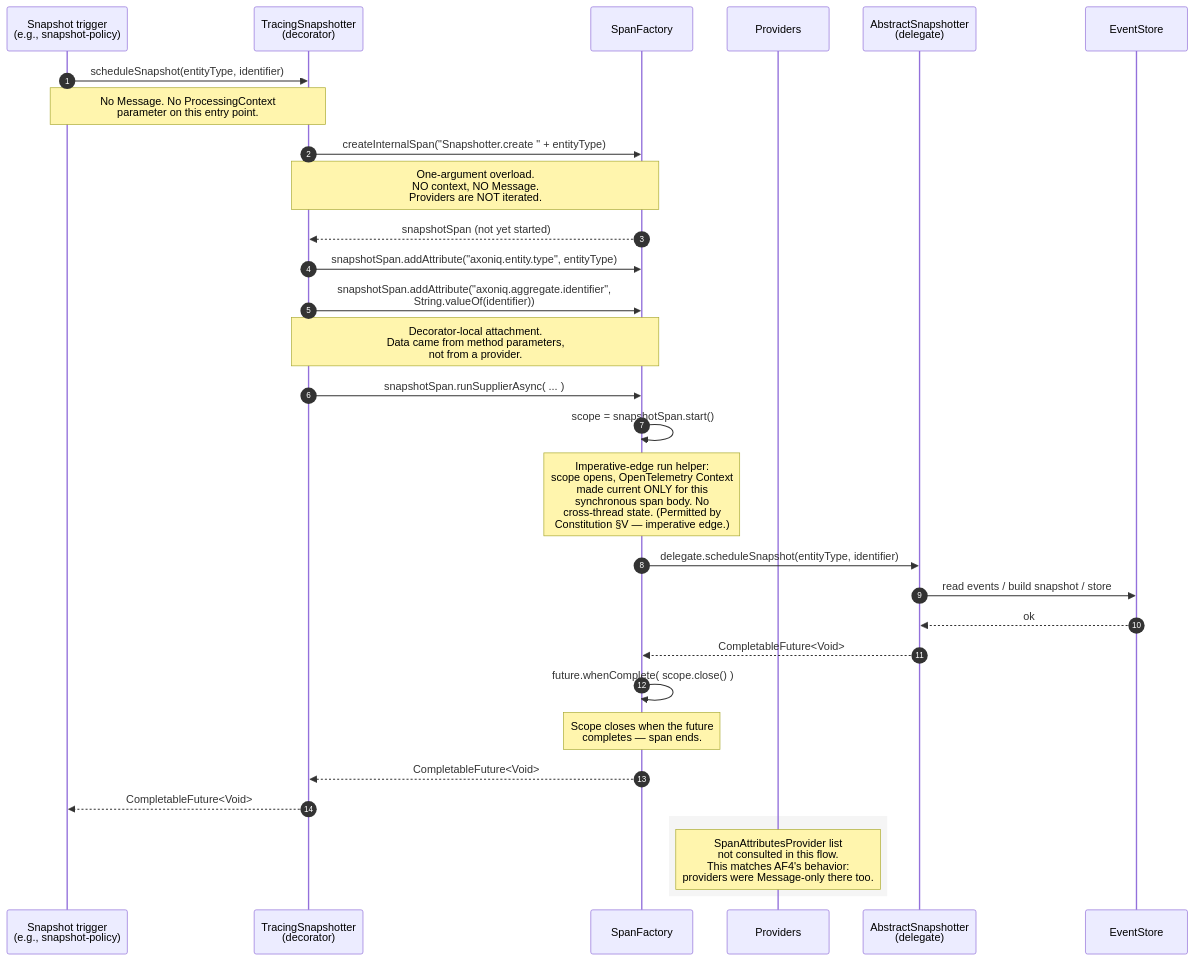
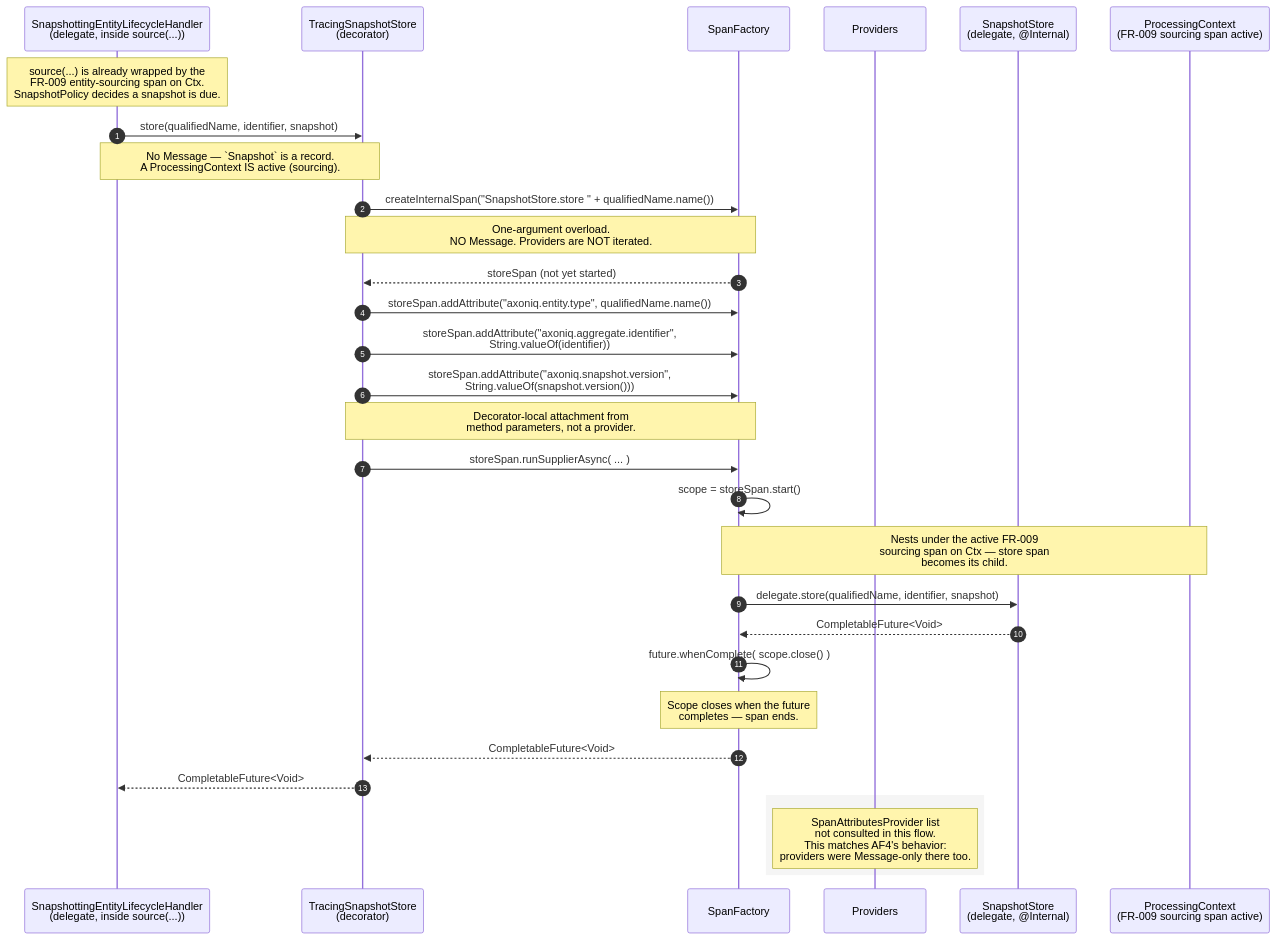
Before and after one commit to AxonIQ/axoniq-framework: the third of 4 diagrams in specs/3594-distributed-tracing/flows.md, drawn with Mermaid. The commit also changed other lines of this file and 5 other files, not shown here.

````diff
--- a/specs/3594-distributed-tracing/flows.md
+++ b/specs/3594-distributed-tracing/flows.md
@@ -222,39 +222,39 @@
 ```mermaid
 sequenceDiagram
     autonumber
-    participant Trigger as Snapshot trigger<br/>(e.g., snapshot-policy)
-    participant TS as TracingSnapshotter<br/>(decorator)
+    participant ELH as SnapshottingEntityLifecycleHandler<br/>(delegate, inside source(...))
+    participant TSS as TracingSnapshotStore<br/>(decorator)
     participant SF as SpanFactory
     participant PROV as Providers
-    participant Snap as AbstractSnapshotter<br/>(delegate)
-    participant Store as EventStore
+    participant Store as SnapshotStore<br/>(delegate, @Internal)
+    participant Ctx as ProcessingContext<br/>(FR-009 sourcing span active)
 
-    Trigger->>TS: scheduleSnapshot(entityType, identifier)
-    Note over Trigger,TS: No Message. No ProcessingContext<br/>parameter on this entry point.
+    Note over ELH: source(...) is already wrapped by the<br/>FR-009 entity-sourcing span on Ctx.<br/>SnapshotPolicy decides a snapshot is due.
+    ELH->>TSS: store(qualifiedName, identifier, snapshot)
+    Note over ELH,TSS: No Message — `Snapshot` is a record.<br/>A ProcessingContext IS active (sourcing).
 
-    TS->>SF: createInternalSpan("Snapshotter.create " + entityType)
-    Note over TS,SF: One-argument overload.<br/>NO context, NO Message.<br/>Providers are NOT iterated.
-    SF-->>TS: snapshotSpan (not yet started)
+    TSS->>SF: createInternalSpan("SnapshotStore.store " + qualifiedName.name())
+    Note over TSS,SF: One-argument overload.<br/>NO Message. Providers are NOT iterated.
+    SF-->>TSS: storeSpan (not yet started)
 
-    TS->>SF: snapshotSpan.addAttribute("axoniq.entity.type", entityType)
-    TS->>SF: snapshotSpan.addAttribute("axoniq.aggregate.identifier",<br/>String.valueOf(identifier))
-    Note over TS,SF: Decorator-local attachment.<br/>Data came from method parameters,<br/>not from a provider.
+    TSS->>SF: storeSpan.addAttribute("axoniq.entity.type", qualifiedName.name())
+    TSS->>SF: storeSpan.addAttribute("axoniq.aggregate.identifier",<br/>String.valueOf(identifier))
+    TSS->>SF: storeSpan.addAttribute("axoniq.snapshot.version",<br/>String.valueOf(snapshot.version()))
+    Note over TSS,SF: Decorator-local attachment from<br/>method parameters, not a provider.
 
-    TS->>SF: snapshotSpan.runSupplierAsync( ... )
-    SF->>SF: scope = snapshotSpan.start()
-    Note over SF: Imperative-edge run helper:<br/>scope opens, OpenTelemetry Context<br/>made current ONLY for this<br/>synchronous span body. No<br/>cross-thread state. (Permitted by<br/>Constitution §V — imperative edge.)
+    TSS->>SF: storeSpan.runSupplierAsync( ... )
+    SF->>SF: scope = storeSpan.start()
+    Note over SF,Ctx: Nests under the active FR-009<br/>sourcing span on Ctx — store span<br/>becomes its child.
 
-    SF->>Snap: delegate.scheduleSnapshot(entityType, identifier)
-    Snap->>Store: read events / build snapshot / store
-    Store-->>Snap: ok
-    Snap-->>SF: CompletableFuture<Void>
+    SF->>Store: delegate.store(qualifiedName, identifier, snapshot)
+    Store-->>SF: CompletableFuture<Void>
     SF->>SF: future.whenComplete( scope.close() )
     Note over SF: Scope closes when the future<br/>completes — span ends.
 
-    SF-->>TS: CompletableFuture<Void>
-    TS-->>Trigger: CompletableFuture<Void>
+    SF-->>TSS: CompletableFuture<Void>
+    TSS-->>ELH: CompletableFuture<Void>
 
     rect rgb(245, 245, 245)
     Note over PROV: SpanAttributesProvider list<br/>not consulted in this flow.<br/>This matches AF4's behavior:<br/>providers were Message-only there too.
     end
 ```
````
